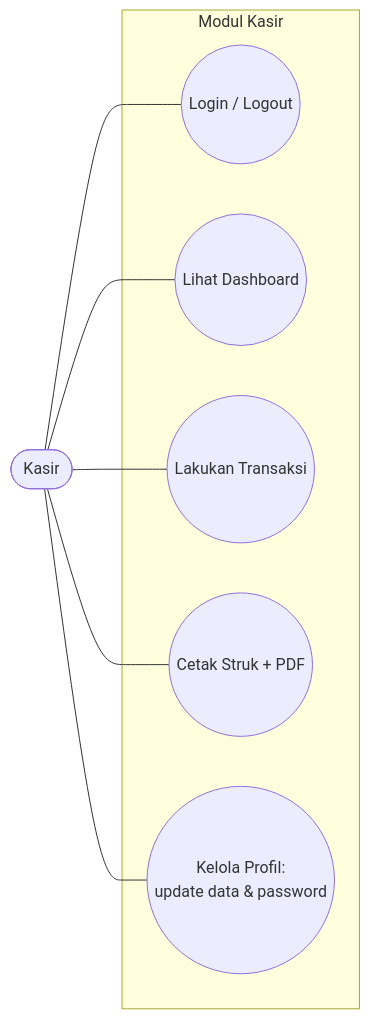
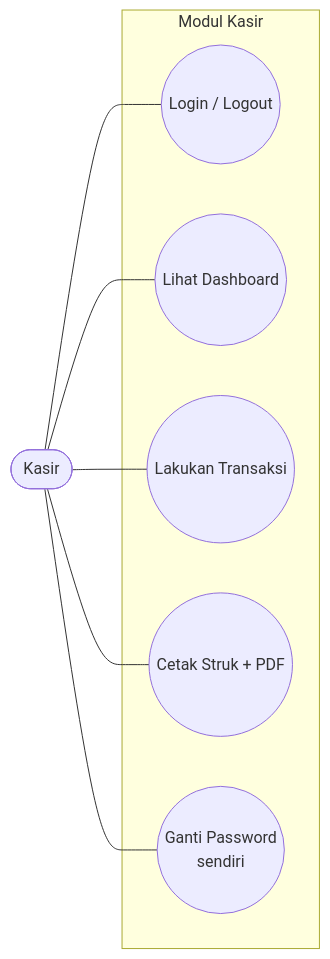
Before and after one commit to wiistore/fix-project: the fourth of 4 diagrams in docs/02-use-case.md, drawn with Mermaid. The commit also changed other lines of this file and 1 other file, not shown here.

First line of the commit message:
docs: fix profil kasir - hanya ganti password, tanpa edit username/email

````diff
--- a/docs/02-use-case.md
+++ b/docs/02-use-case.md
@@ -138,12 +138,12 @@
 ```mermaid
 flowchart LR
     Kasir([Kasir])
     subgraph S["Modul Kasir"]
         K1((Login / Logout))
         K2((Lihat Dashboard))
         K3((Lakukan Transaksi))
         K4((Cetak Struk + PDF))
-        K5((Kelola Profil:<br/>update data & password))
+        K5((Ganti Password<br/>sendiri))
     end
     Kasir --- K1 & K2 & K3 & K4 & K5
 ```
````
